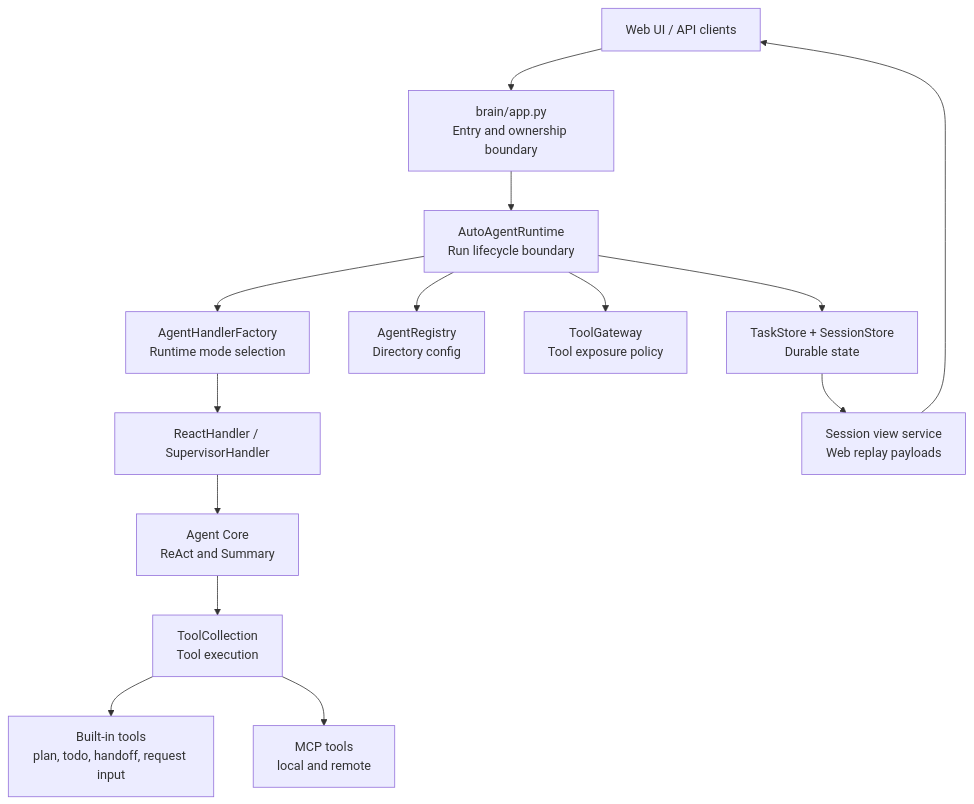
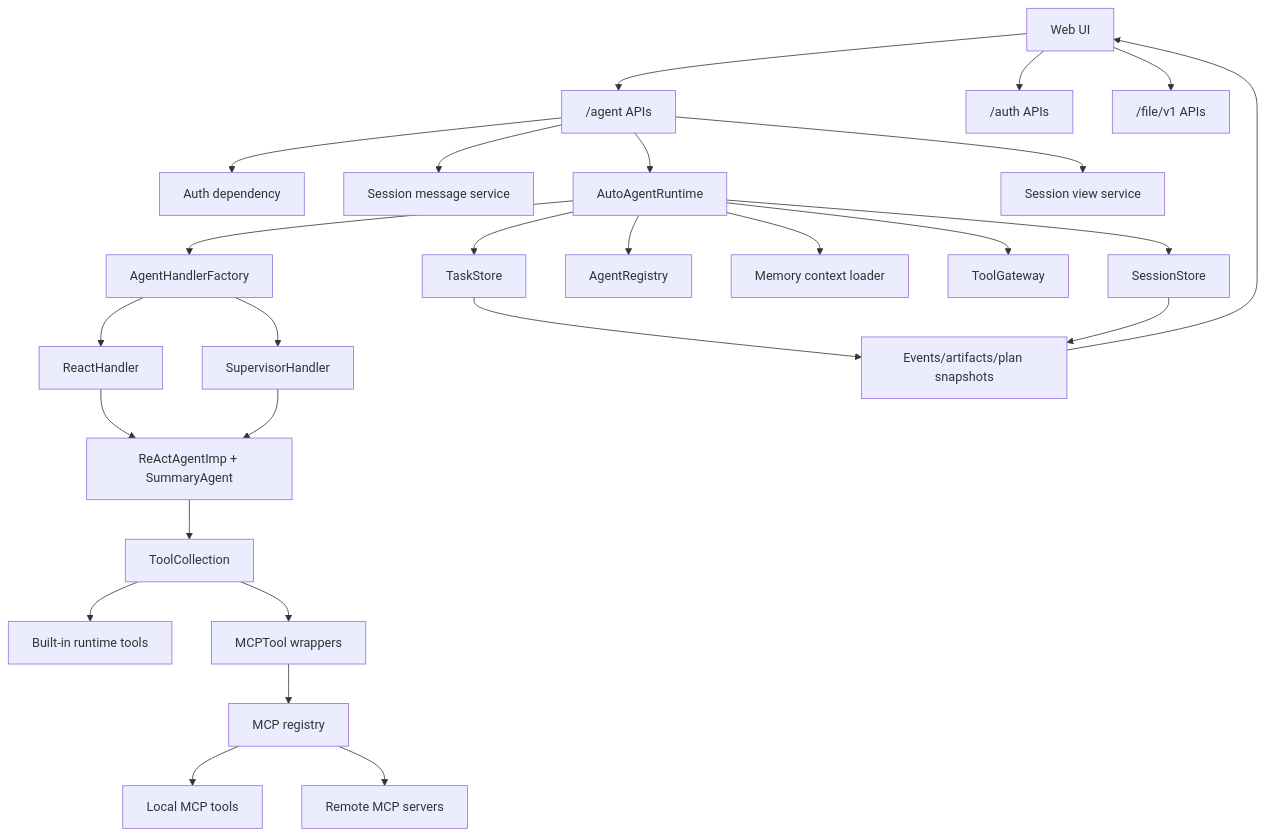
One commit to youkuxiaobin/task-pilot-agent changed the first of 9 diagrams in docs/agent-runtime-architecture.md. Above: the diagram before and after it, drawn with Mermaid. The commit also changed other lines of this file and 7 other files, not shown here.

Commit message:
Refactor task pilot runtime and tool handling

````diff
--- a/docs/agent-runtime-architecture.md
+++ b/docs/agent-runtime-architecture.md
@@ -17,16 +35,34 @@
 ```mermaid
 flowchart TD
-  UI["Web UI / API clients"] --> Entry["brain/app.py\nEntry and ownership boundary"]
-  Entry --> Runtime["AutoAgentRuntime\nRun lifecycle boundary"]
-  Runtime --> Stores["TaskStore + SessionStore\nDurable state"]
-  Runtime --> Registry["AgentRegistry\nDirectory config"]
-  Runtime --> Gateway["ToolGateway\nTool exposure policy"]
-  Runtime --> Handler["AgentHandlerFactory\nRuntime mode selection"]
-  Handler --> React["ReactHandler / SupervisorHandler"]
-  React --> Agent["Agent Core\nReAct and Summary"]
-  Agent --> Tools["ToolCollection\nTool execution"]
-  Tools --> Builtins["Built-in tools\nplan, todo, handoff, request input"]
-  Tools --> MCP["MCP tools\nlocal and remote"]
-  Stores --> Replay["Session view service\nWeb replay payloads"]
-  Replay --> UI
+  Browser["Web UI"] --> AgentAPI["/agent APIs"]
+  Browser --> AuthAPI["/auth APIs"]
+  Browser --> FileAPI["/file/v1 APIs"]
+
+  AgentAPI --> Auth["Auth dependency"]
+  AgentAPI --> SessionMsg["Session message service"]
+  AgentAPI --> Runtime["AutoAgentRuntime"]
+  AgentAPI --> View["Session view service"]
+
+  Runtime --> TaskStore["TaskStore"]
+  Runtime --> SessionStore["SessionStore"]
+  Runtime --> AgentRegistry["AgentRegistry"]
+  Runtime --> Memory["Memory context loader"]
+  Runtime --> Gateway["ToolGateway"]
+  Runtime --> HandlerFactory["AgentHandlerFactory"]
+
+  HandlerFactory --> ReactHandler["ReactHandler"]
+  HandlerFactory --> SupervisorHandler["SupervisorHandler"]
+  ReactHandler --> AgentCore["ReActAgentImp + SummaryAgent"]
+  SupervisorHandler --> AgentCore
+
+  AgentCore --> ToolCollection["ToolCollection"]
+  ToolCollection --> BuiltinTools["Built-in runtime tools"]
+  ToolCollection --> MCPTools["MCPTool wrappers"]
+  MCPTools --> MCPRegistry["MCP registry"]
+  MCPRegistry --> LocalMCP["Local MCP tools"]
+  MCPRegistry --> RemoteMCP["Remote MCP servers"]
+
+  TaskStore --> Replay["Events/artifacts/plan snapshots"]
+  SessionStore --> Replay
+  Replay --> Browser
 ```
````
